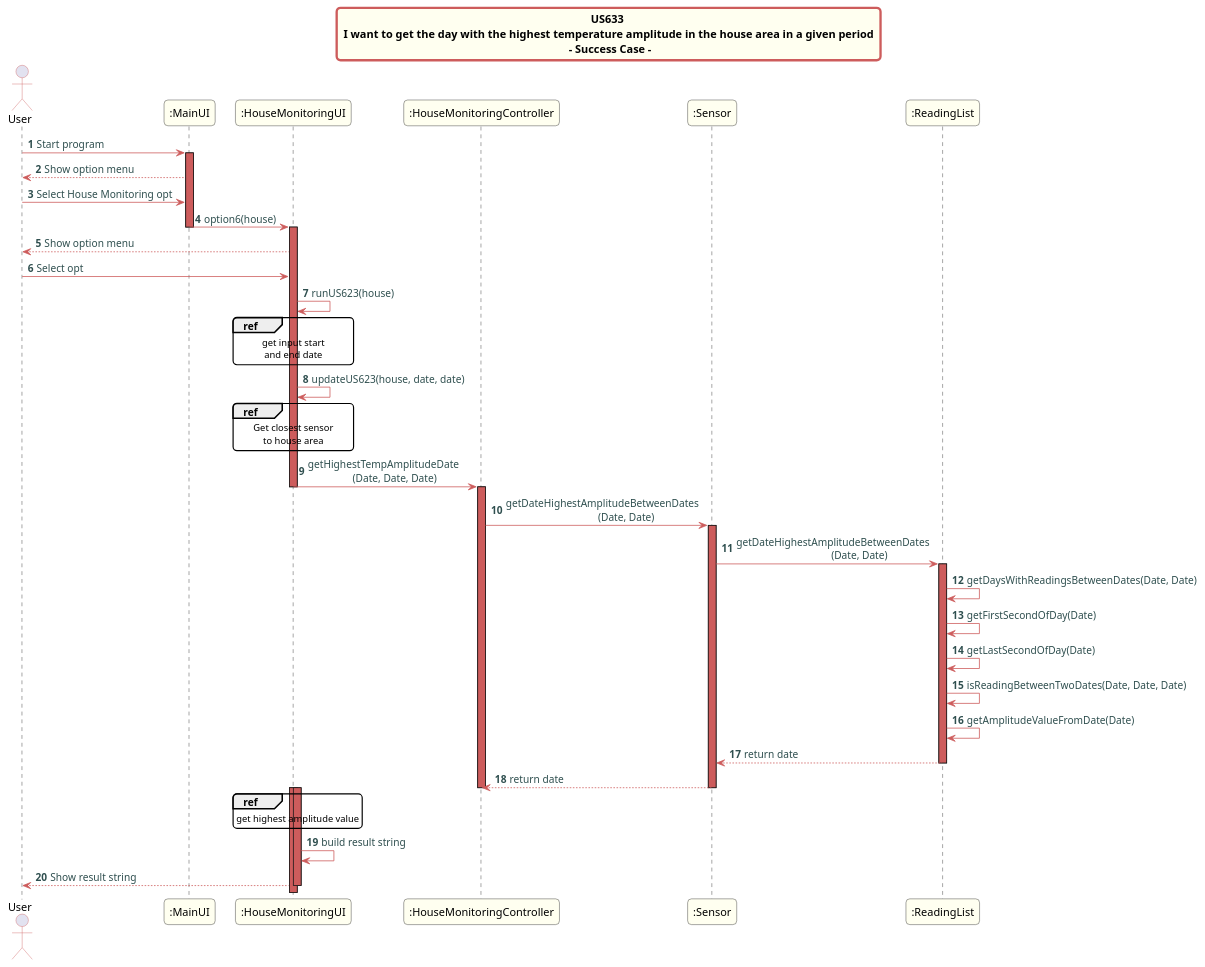
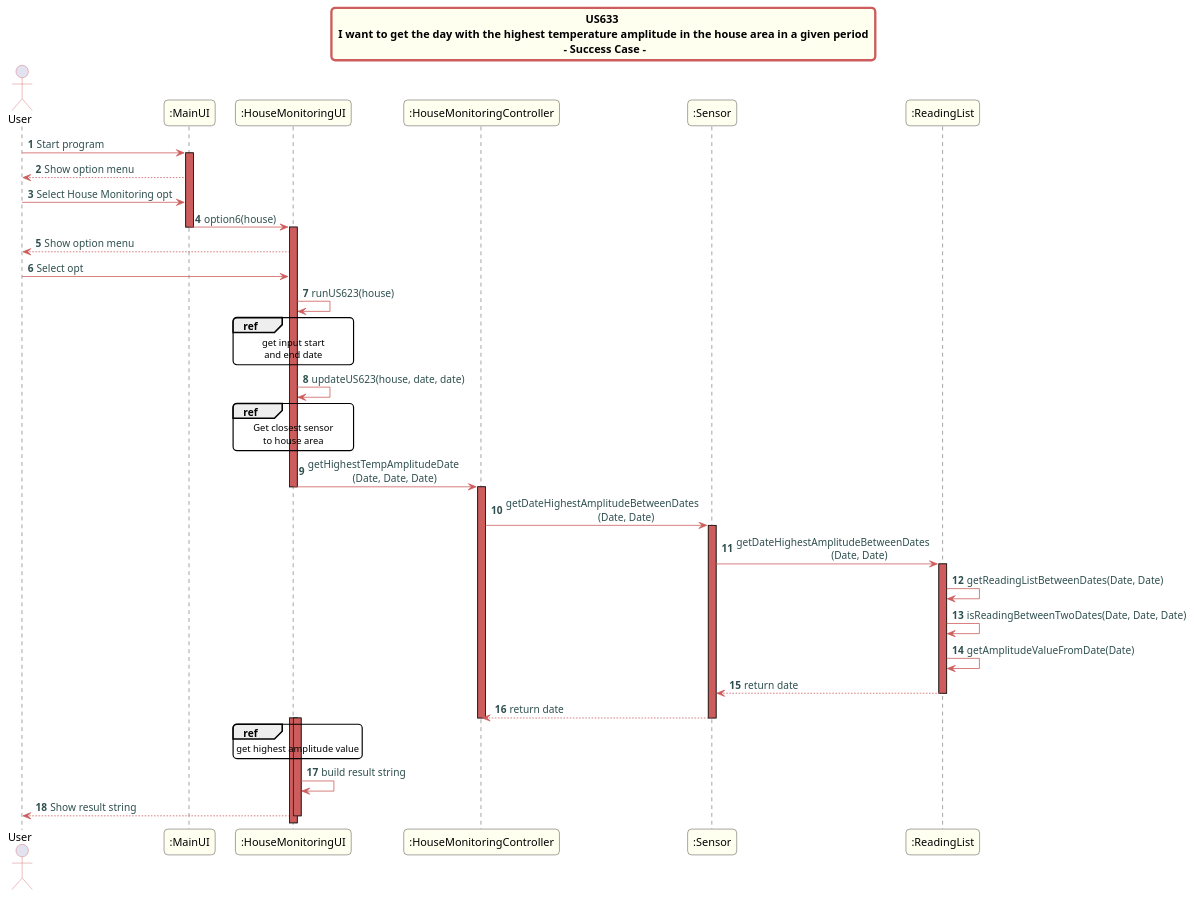
The diagram in src/doc/Controllers/HouseMonitoring/US633/US633_sd_HouseMonitoring.puml (Almadanmp/project), drawn with PlantUML before and after one commit. The commit also changed 4 other files, not shown here.

Commit message:
REF #161 updates sequence diagram updates method getDateHighestAmplitudeTemperature

```diff
--- a/src/doc/Controllers/HouseMonitoring/US633/US633_sd_HouseMonitoring.puml
+++ b/src/doc/Controllers/HouseMonitoring/US633/US633_sd_HouseMonitoring.puml
@@ -1,93 +1,90 @@
 @startuml
 skinparam titleBorderRoundCorner 10
 skinparam titleBorderThickness 3
 skinparam titleBorderColor indianred
 skinparam titleBackgroundColor ivory
 skinparam FontName quicksand
 
 skinparam actor {
   BorderColor indianred
   }
 
 skinparam sequence {
   LifeLineBackgroundColor indianred
   ParticipantBackgroundColor ivory
 }
 
 skinparam roundcorner 10
 
 skinparam component {
   arrowThickness 1
   ArrowFontName Verdana
   ArrowColor indianred
   ArrowFontColor darkslategrey
 }
 
 title US633 \n I want to get the day with the highest temperature amplitude in the house area in a given period \n - Success Case -
 
 autonumber
 
 actor User
 
 User -> ":MainUI": Start program
 activate ":MainUI"
 
 ":MainUI" --> User: Show option menu
 User-> ":MainUI": Select House Monitoring opt
 ":MainUI" -> ":HouseMonitoringUI": option6(house)
 deactivate ":MainUI"
 activate ":HouseMonitoringUI"
 ":HouseMonitoringUI" --> User: Show option menu
 User -> ":HouseMonitoringUI": Select opt
 ":HouseMonitoringUI" -> ":HouseMonitoringUI": runUS623(house)
 
 ref over ":HouseMonitoringUI"
 get input start
 and end date
 end ref
 
 ":HouseMonitoringUI" -> ":HouseMonitoringUI": updateUS623(house, date, date)
 ref over ":HouseMonitoringUI"
 Get closest sensor
 to house area
 end ref
 
 ":HouseMonitoringUI" -> ":HouseMonitoringController": getHighestTempAmplitudeDate\n                 (Date, Date, Date)
 deactivate ":HouseMonitoringUI"
 activate ":HouseMonitoringController"
 ":HouseMonitoringController" -> ":Sensor": getDateHighestAmplitudeBetweenDates\n                                   (Date, Date)
 
 activate ":Sensor"
 
 ":Sensor" -> ":ReadingList": getDateHighestAmplitudeBetweenDates\n                                    (Date, Date)
 activate ":ReadingList"
 
-":ReadingList"->":ReadingList": getDaysWithReadingsBetweenDates(Date, Date)
-":ReadingList"->":ReadingList": getFirstSecondOfDay(Date)
-":ReadingList"->":ReadingList": getLastSecondOfDay(Date)
+":ReadingList"->":ReadingList": getReadingListBetweenDates(Date, Date)
 ":ReadingList"->":ReadingList": isReadingBetweenTwoDates(Date, Date, Date)
-":ReadingList"->":ReadingList":getAmplitudeValueFromDate(Date)
-
+":ReadingList"->":ReadingList": getAmplitudeValueFromDate(Date)
 ":ReadingList" --> ":Sensor": return date
 deactivate ":ReadingList"
 ":Sensor" --> ":HouseMonitoringController": return date
 deactivate ":Sensor"
 deactivate ":HouseMonitoringController"
 activate ":HouseMonitoringUI"
 
 ref over ":HouseMonitoringUI"
 get highest amplitude value
 end ref
 
 deactivate ":HouseMonitoringController"
 activate ":HouseMonitoringUI"
 
 ":HouseMonitoringUI" -> ":HouseMonitoringUI": build result string
 
 ":HouseMonitoringUI" --> User: Show result string
 deactivate ":HouseMonitoringUI"
 
 deactivate ":MainUI"
 
 
 @enduml
```
